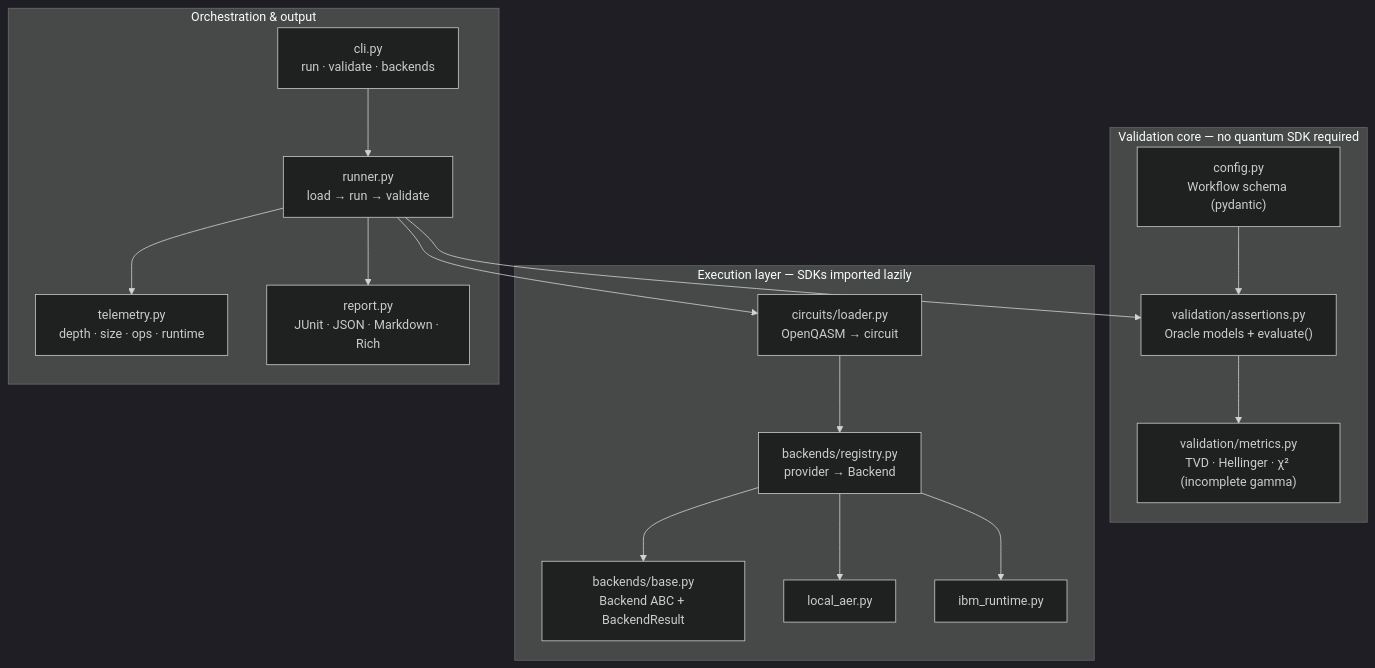
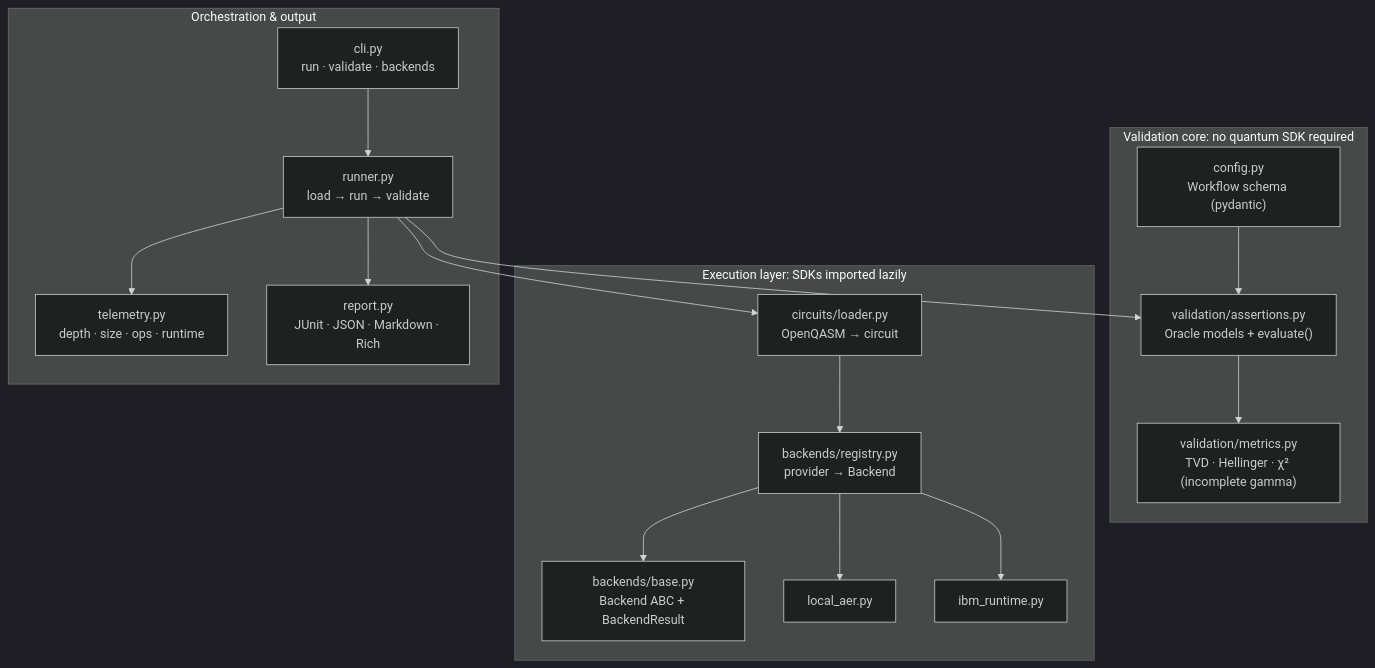
The first of 3 diagrams in docs/architecture.md (coldqubit/shotgate), drawn with Mermaid (dark theme) before and after one commit. The commit also changed other lines of this file and 30 other files, not shown here.

````diff
--- a/docs/architecture.md
+++ b/docs/architecture.md
@@ -34,31 +34,31 @@
 ```mermaid
 flowchart TB
-    subgraph CoreLayer["Validation core — no quantum SDK required"]
+    subgraph CoreLayer["Validation core: no quantum SDK required"]
         config["config.py<br/>Workflow schema (pydantic)"]
         assertions["validation/assertions.py<br/>Oracle models + evaluate()"]
         metrics["validation/metrics.py<br/>TVD · Hellinger · χ² (incomplete gamma)"]
     end
 
-    subgraph ExecLayer["Execution layer — SDKs imported lazily"]
+    subgraph ExecLayer["Execution layer: SDKs imported lazily"]
         loader["circuits/loader.py<br/>OpenQASM → circuit"]
         registry["backends/registry.py<br/>provider → Backend"]
         base["backends/base.py<br/>Backend ABC + BackendResult"]
         aer["local_aer.py"]
         ibm["ibm_runtime.py"]
     end
 
     subgraph OrchLayer["Orchestration & output"]
         runner["runner.py<br/>load → run → validate"]
         telemetry["telemetry.py<br/>depth · size · ops · runtime"]
         report["report.py<br/>JUnit · JSON · Markdown · Rich"]
         cli["cli.py<br/>run · validate · backends"]
     end
 
     config --> assertions --> metrics
     cli --> runner
     runner --> loader --> registry --> base
     registry --> aer & ibm
     runner --> assertions
     runner --> telemetry
     runner --> report
 ```
````
